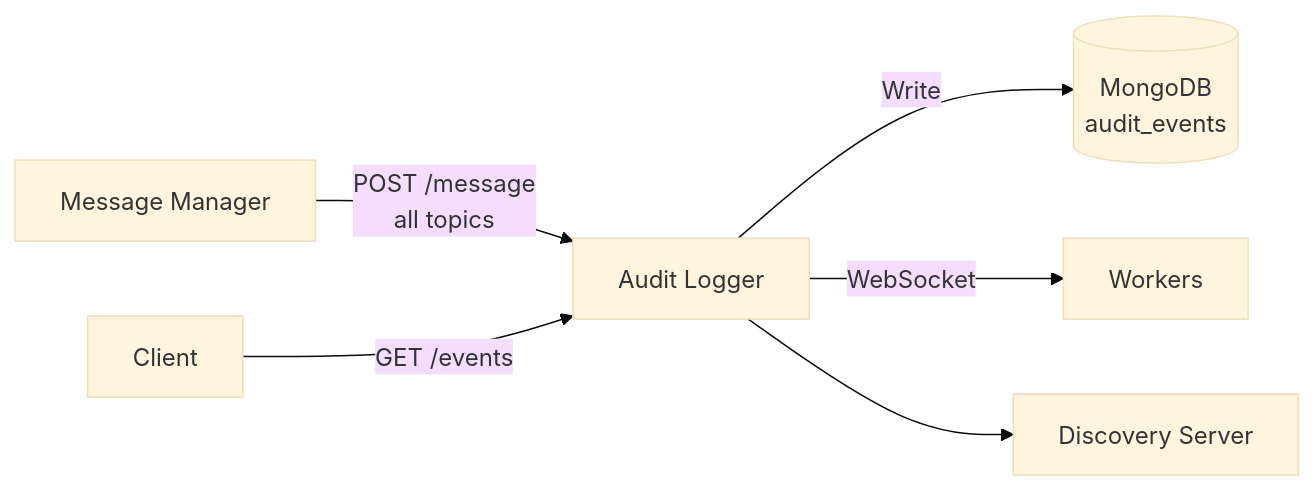
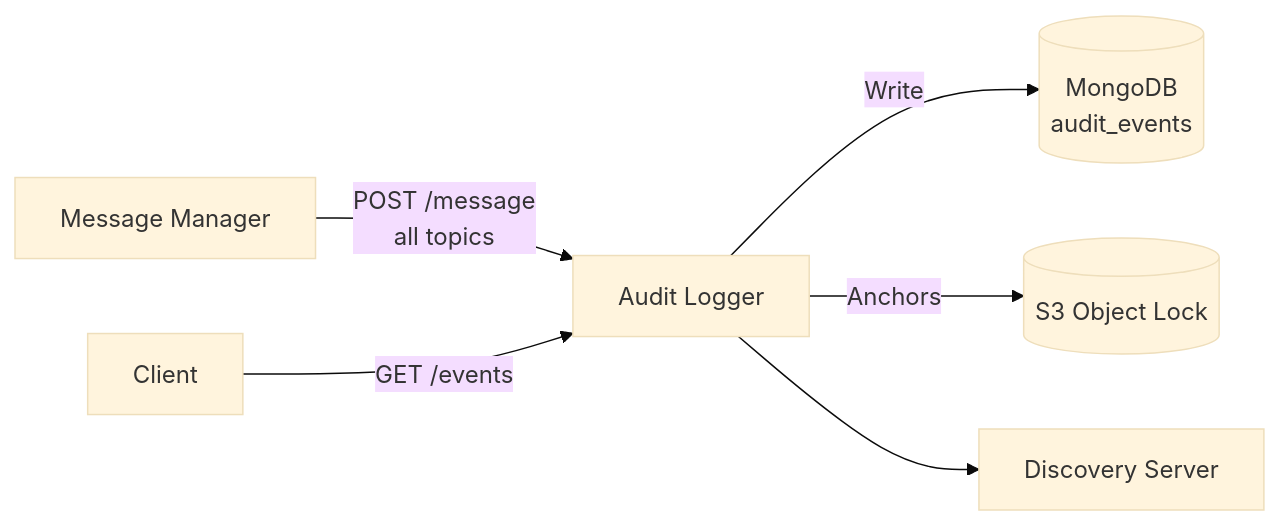
The diagram in services/audit-logger/ARCHITECTURE.md (docteur-turboss/trading-model), drawn with Mermaid (base theme) before and after one commit. The commit also changed other lines of this file and 2972 other files, not shown here.

````diff
--- a/services/audit-logger/ARCHITECTURE.md
+++ b/services/audit-logger/ARCHITECTURE.md
@@ -9,8 +9,8 @@
 ```mermaid
 graph LR
     MM["Message Manager"] -->|POST /message<br/>all topics| AL["Audit Logger"]
     AL -->|Write| MDB[("MongoDB<br/>audit_events")]
-    AL -->|WebSocket| W["Workers"]
+    AL -->|Anchors| S3[("S3 Object Lock")]
     API["Client"] -->|GET /events| AL
     AL --> DS["Discovery Server"]
 ```
````
